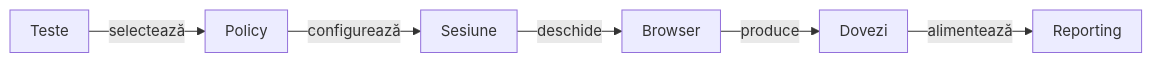
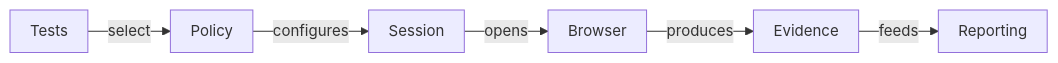
The first of 9 diagrams in atf-ui/README.md (crististefanita/atf_j0), drawn with Mermaid before and after one commit. The commit also changed other lines of this file and 113 other files, not shown here.

````diff
--- a/atf-ui/README.md
+++ b/atf-ui/README.md
@@ -22,9 +28,9 @@
 ```mermaid
 %%{init: {"themeVariables":{"fontSize":"15px"},"themeCSS":".nodeLabel, .nodeLabel p { font-size: 15px !important; line-height: 1.35 !important; } .edgeLabel, .edgeLabel p { font-size: 12px !important; font-weight: 400 !important; line-height: 1.2 !important; } .edgeLabel .labelBkg, .edgeLabel p { background: transparent !important; } .edgeLabel foreignObject { transform: translateY(-18px); overflow: visible; } .node rect { rx: 6px; ry: 6px; }","flowchart":{"curve":"linear","nodeSpacing":24,"rankSpacing":40,"padding":10,"diagramPadding":16}}}%%
 flowchart LR
-    Tests["Teste"] -->|selectează| Config["Policy"]
-    Config -->|configurează| Session["Sesiune"]
-    Session -->|deschide| Browser["Browser"]
-    Browser -->|produce| Evidence["Dovezi"]
-    Evidence -->|alimentează| Reporting["Reporting"]
+    Tests["Tests"] -->|select| Config["Policy"]
+    Config -->|configures| Session["Session"]
+    Session -->|opens| Browser["Browser"]
+    Browser -->|produces| Evidence["Evidence"]
+    Evidence -->|feeds| Reporting["Reporting"]
 ```
````
